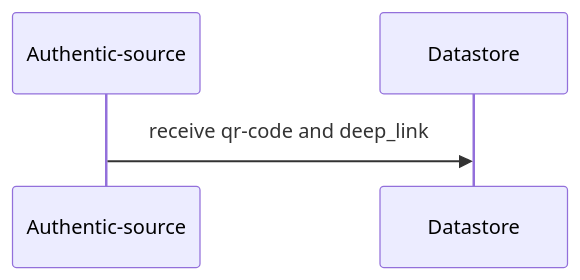
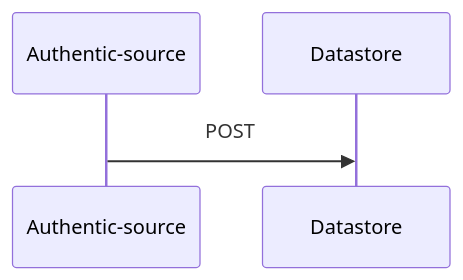
Before and after one commit to dc4eu/vc: the second of 8 diagrams in standards/apiv21.md, drawn with Mermaid. The commit also changed other lines of this file, not shown here.

Commit message:
Add flowcharts to all endpoints.

````diff
--- a/standards/apiv21.md
+++ b/standards/apiv21.md
@@ -102,4 +102,4 @@
 ```mermaid
 sequenceDiagram;
-    Authentic-source->>Datastore: receive qr-code and deep_link;
+    Authentic-source->>Datastore: POST;
 ```
````
